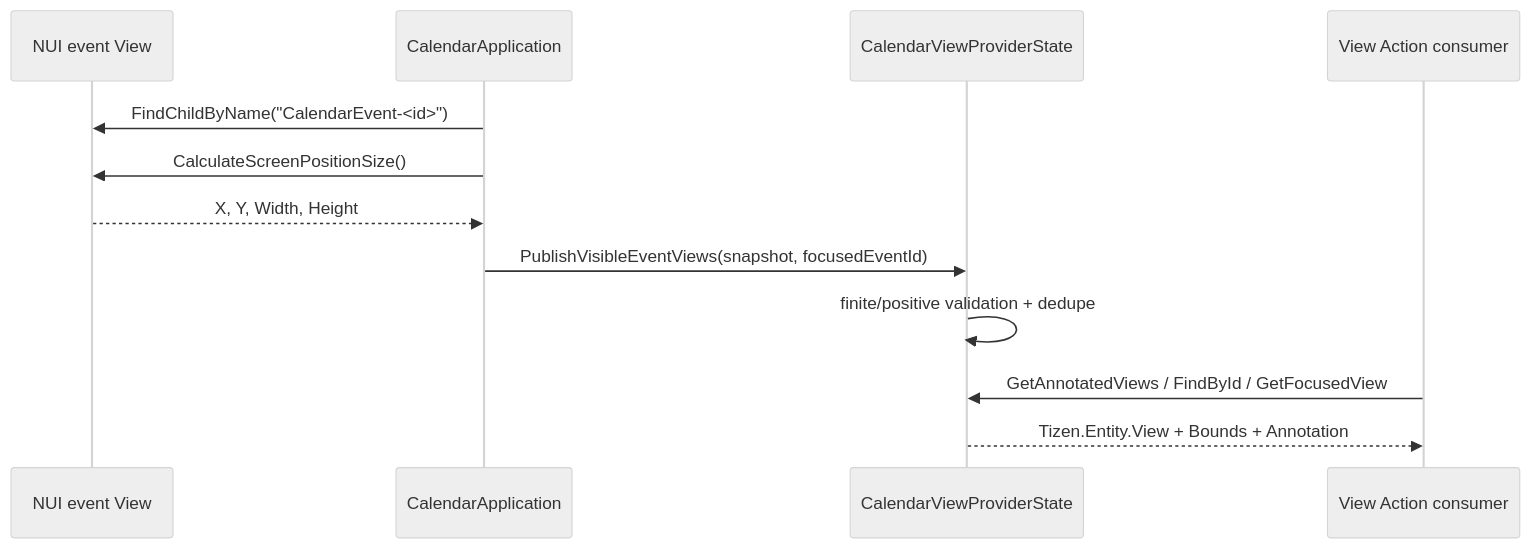
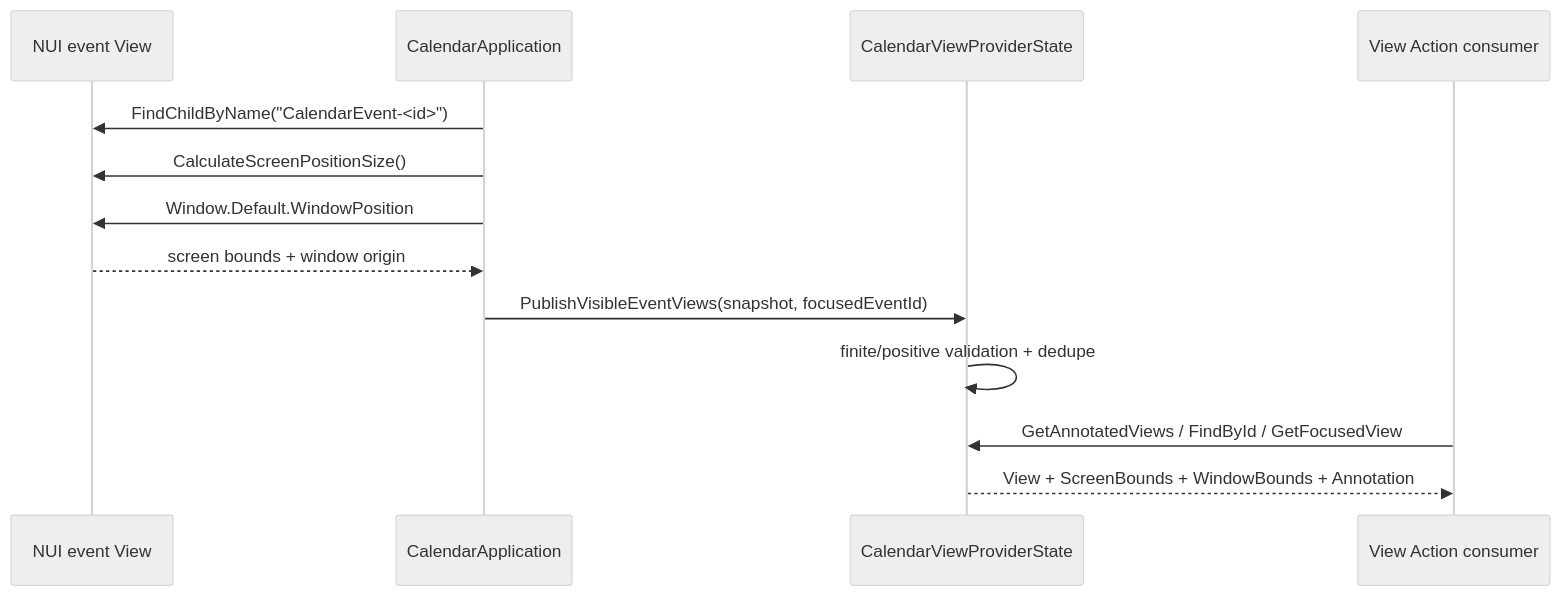
The diagram in Calendar/docs/VIEW_ANNOTATION.md (hjhun/tizen-action-examples), drawn with Mermaid (neutral theme) before and after one commit. The commit also changed other lines of this file and 10 other files, not shown here.

First line of the commit message:
feat: update Calendar View entity contract

````diff
--- a/Calendar/docs/VIEW_ANNOTATION.md
+++ b/Calendar/docs/VIEW_ANNOTATION.md
@@ -52,15 +54,16 @@
 ```mermaid
 sequenceDiagram
     participant NUI as NUI event View
     participant App as CalendarApplication
     participant Registry as CalendarViewProviderState
     participant Agent as View Action consumer
 
     App->>NUI: FindChildByName("CalendarEvent-<id>")
     App->>NUI: CalculateScreenPositionSize()
-    NUI-->>App: X, Y, Width, Height
+    App->>NUI: Window.Default.WindowPosition
+    NUI-->>App: screen bounds + window origin
     App->>Registry: PublishVisibleEventViews(snapshot, focusedEventId)
     Registry->>Registry: finite/positive validation + dedupe
     Agent->>Registry: GetAnnotatedViews / FindById / GetFocusedView
-    Registry-->>Agent: Tizen.Entity.View + Bounds + Annotation
+    Registry-->>Agent: View + ScreenBounds + WindowBounds + Annotation
 ```
````
